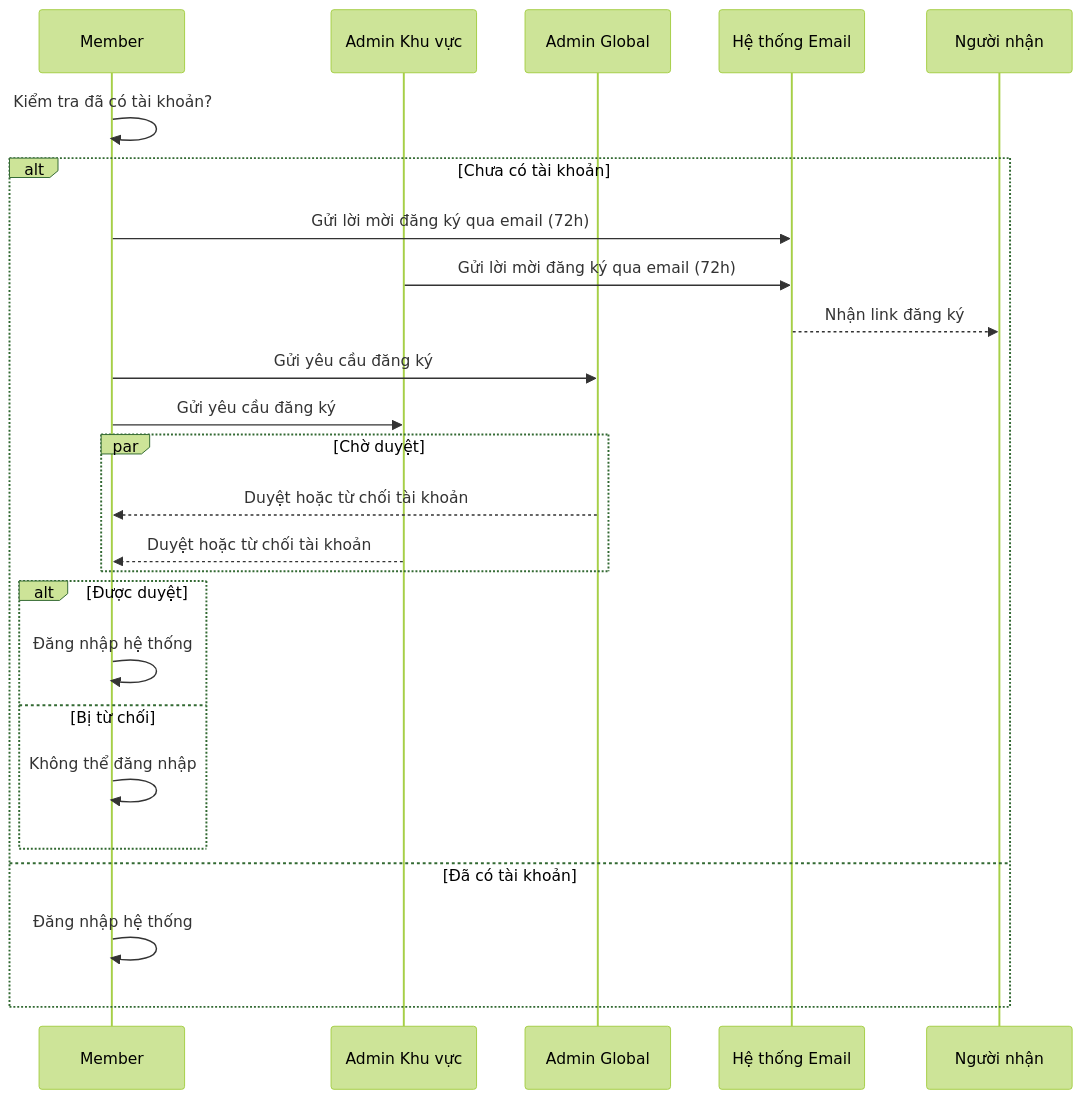
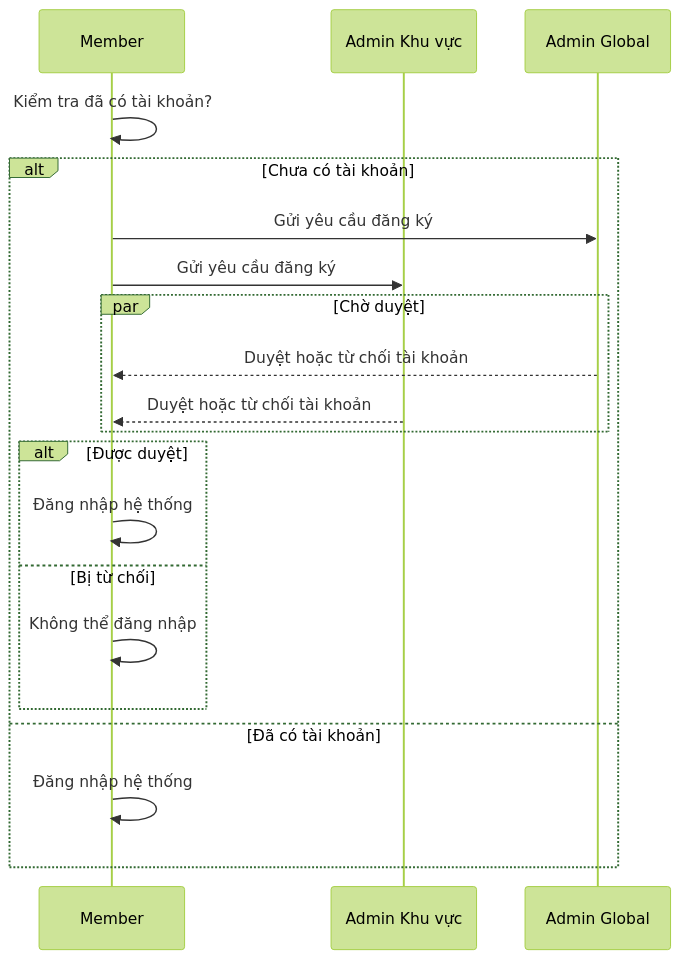
The diagram in register_vi.mmd (yopaz-tuanta/aloha-mermaid), drawn with Mermaid (forest theme) before and after one commit. The commit also changed 3 other files, not shown here.

```diff
--- a/register_vi.mmd
+++ b/register_vi.mmd
@@ -1,26 +1,22 @@
 sequenceDiagram
     participant M as Member
     participant CA as Admin Khu vực
     participant GA as Admin Global
-    participant Mail as Hệ thống Email
 
     M->>M: Kiểm tra đã có tài khoản?
     alt Chưa có tài khoản
-        M->>Mail: Gửi lời mời đăng ký qua email (72h)
-        CA->>Mail: Gửi lời mời đăng ký qua email (72h)
-        Mail-->>Người nhận: Nhận link đăng ký
 
         M->>GA: Gửi yêu cầu đăng ký
         M->>CA: Gửi yêu cầu đăng ký
         par Chờ duyệt
             GA-->>M: Duyệt hoặc từ chối tài khoản
             CA-->>M: Duyệt hoặc từ chối tài khoản
         end
         alt Được duyệt
             M->>M: Đăng nhập hệ thống
         else Bị từ chối
             M->>M: Không thể đăng nhập
         end
     else Đã có tài khoản
         M->>M: Đăng nhập hệ thống
     end
```
